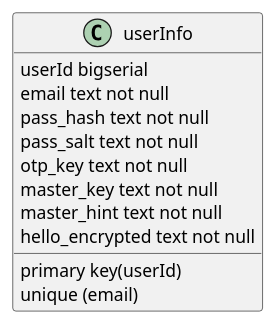
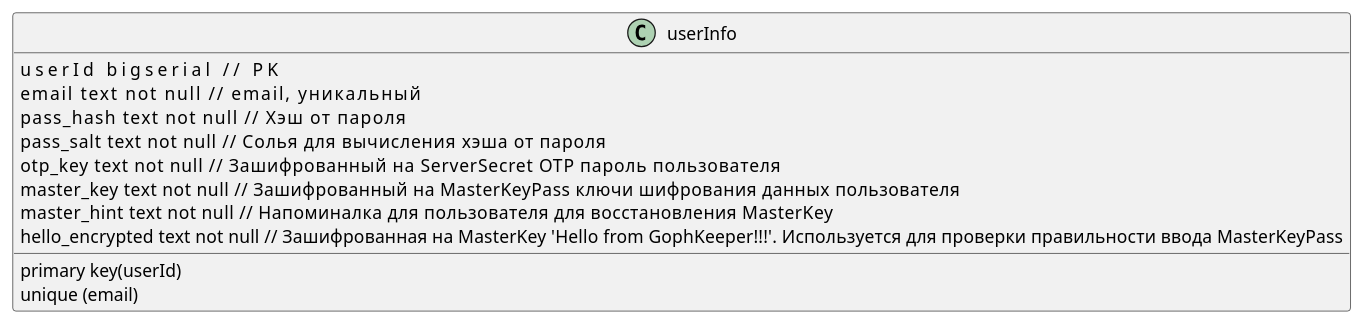
The diagram in adr/adr_003_statefull_structure.md (StasMerzlyakov/gophkeeper), drawn with PlantUML before and after one commit. The commit also changed other lines of this file, not shown here.

Commit message:
добавил описание столбцов

````diff
--- a/adr/adr_003_statefull_structure.md
+++ b/adr/adr_003_statefull_structure.md
@@ -11,16 +11,16 @@
 ```plantuml
 @startuml
 class userInfo{
-    userId bigserial
-	email text not null
-	pass_hash text not null
-	pass_salt text not null
-	otp_key text not null
-	master_key text not null
-	master_hint text not null
-	hello_encrypted text not null
+    userId bigserial                   //  PK
+	email text not null                // email, уникальный
+	pass_hash text not null            // Хэш от пароля
+	pass_salt text not null            // Солья для вычисления хэша от пароля
+	otp_key text not null              // Зашифрованный на ServerSecret OTP пароль пользователя
+	master_key text not null           // Зашифрованный на MasterKeyPass ключи шифрования данных пользователя
+	master_hint text not null          // Напоминалка для пользователя для восстановления MasterKey
+	hello_encrypted text not null      // Зашифрованная на MasterKey 'Hello from GophKeeper!!!'. Используется для проверки правильности ввода MasterKeyPass
 	primary key(userId)
     unique (email)
 }
 @enduml
 ```
````
